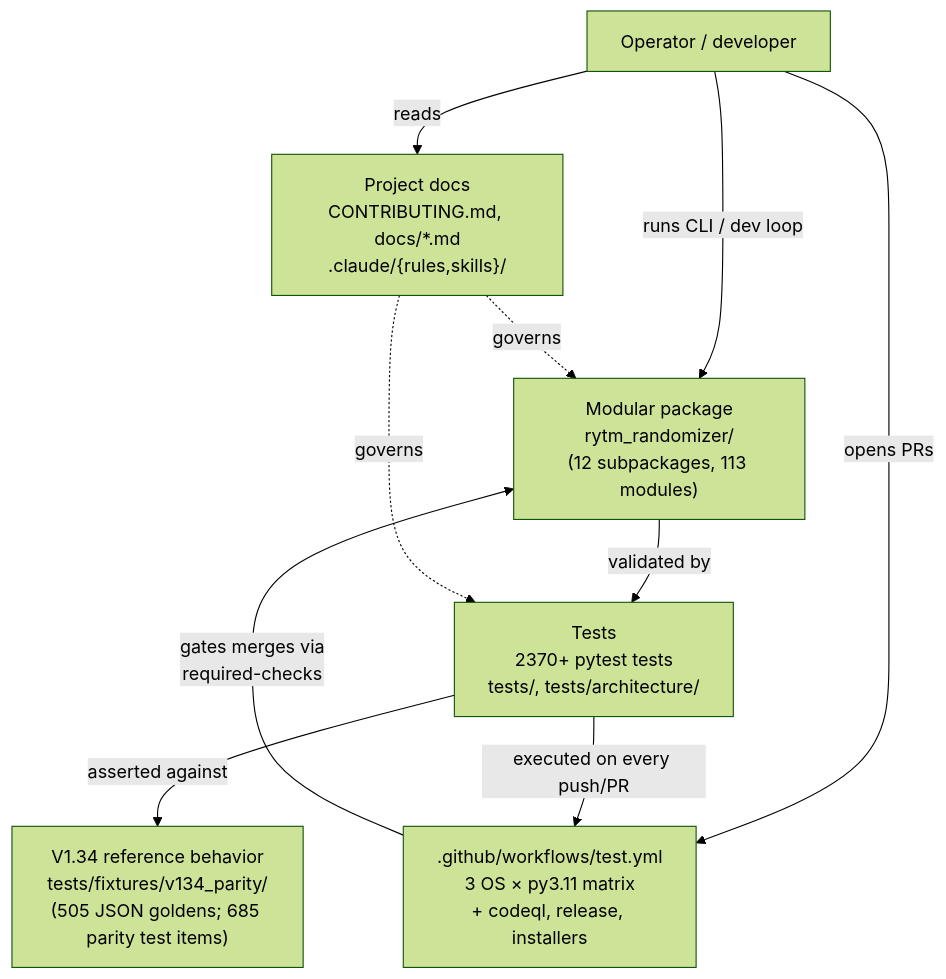
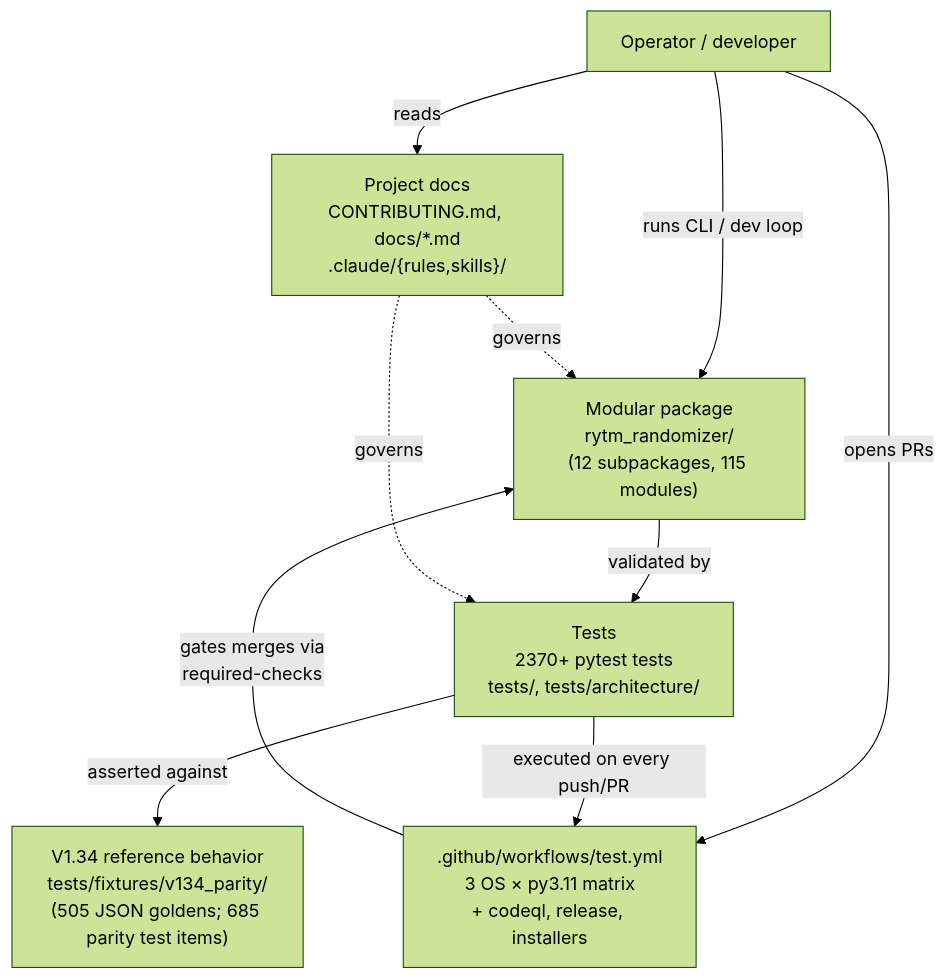
The first of 26 diagrams in docs/ARCHITECTURE_DIAGRAMS.md (buzzijose-hub/RytmRandomizer), drawn with Mermaid (forest theme) before and after one commit. The commit also changed other lines of this file and 12 other files, not shown here.

````diff
--- a/docs/ARCHITECTURE_DIAGRAMS.md
+++ b/docs/ARCHITECTURE_DIAGRAMS.md
@@ -47,22 +47,22 @@
 ```mermaid
 flowchart TB
     User["Operator / developer"]
     V134["V1.34 reference behavior<br/>tests/fixtures/v134_parity/<br/>(505 JSON goldens; 685 parity test items)"]
-    Package["Modular package<br/>rytm_randomizer/<br/>(12 subpackages, 113 modules)"]
+    Package["Modular package<br/>rytm_randomizer/<br/>(12 subpackages, 115 modules)"]
     Tests["Tests<br/>2370+ pytest tests<br/>tests/, tests/architecture/"]
     CI[".github/workflows/test.yml<br/>3 OS × py3.11 matrix<br/>+ codeql, release, installers"]
     Docs["Project docs<br/>CONTRIBUTING.md, docs/*.md<br/>.claude/{rules,skills}/"]
 
     User -->|"runs CLI / dev loop"| Package
     User -->|"opens PRs"| CI
     User -->|"reads"| Docs
 
     Package -->|"validated by"| Tests
     Tests -->|"asserted against"| V134
     Tests -->|"executed on every push/PR"| CI
 
     CI -->|"gates merges via<br/>required-checks"| Package
 
     Docs -.->|"governs"| Package
     Docs -.->|"governs"| Tests
 ```
````
